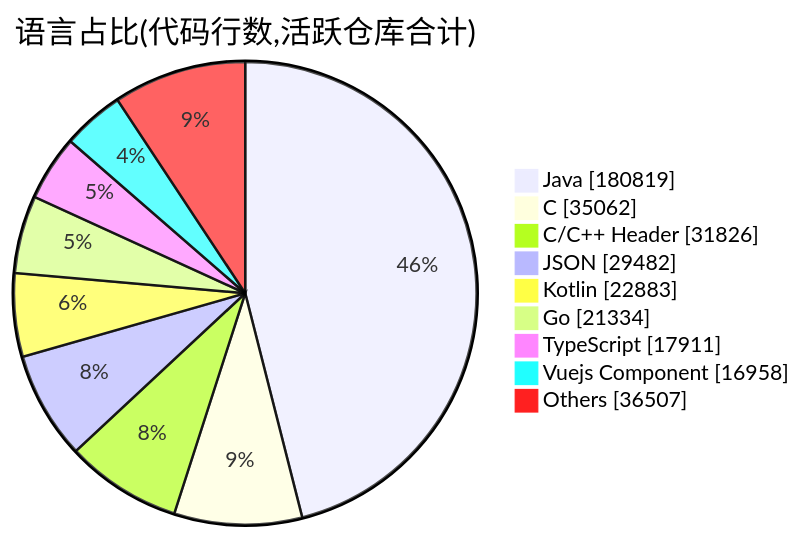
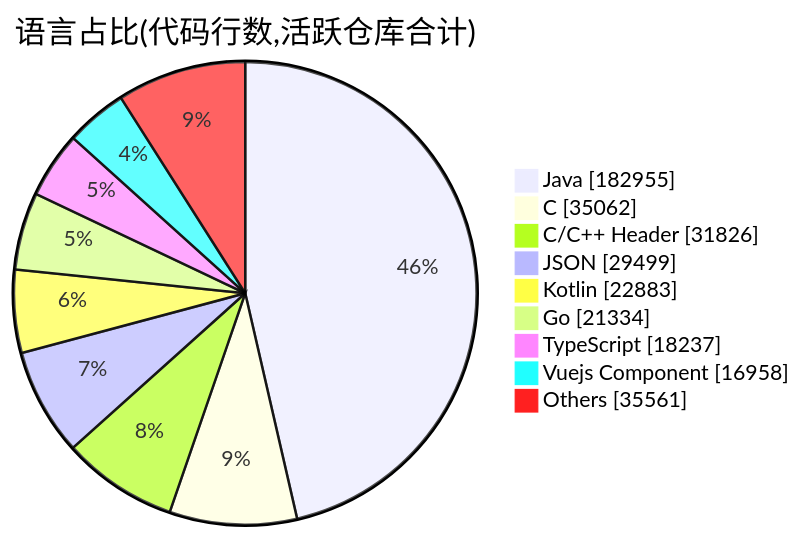
The second of 2 diagrams in profile/README.md (Conflux-Union/.github), drawn with Mermaid before and after one commit. The commit also changed other lines of this file and 1 other file, not shown here.

````diff
--- a/profile/README.md
+++ b/profile/README.md
@@ -80,13 +80,13 @@
 ```mermaid
 pie showData
     title 语言占比(代码行数,活跃仓库合计)
-    "Java" : 180819
+    "Java" : 182955
     "C" : 35062
     "C/C++ Header" : 31826
-    "JSON" : 29482
+    "JSON" : 29499
     "Kotlin" : 22883
     "Go" : 21334
-    "TypeScript" : 17911
+    "TypeScript" : 18237
     "Vuejs Component" : 16958
-    "Others" : 36507
+    "Others" : 35561
 ```
````
